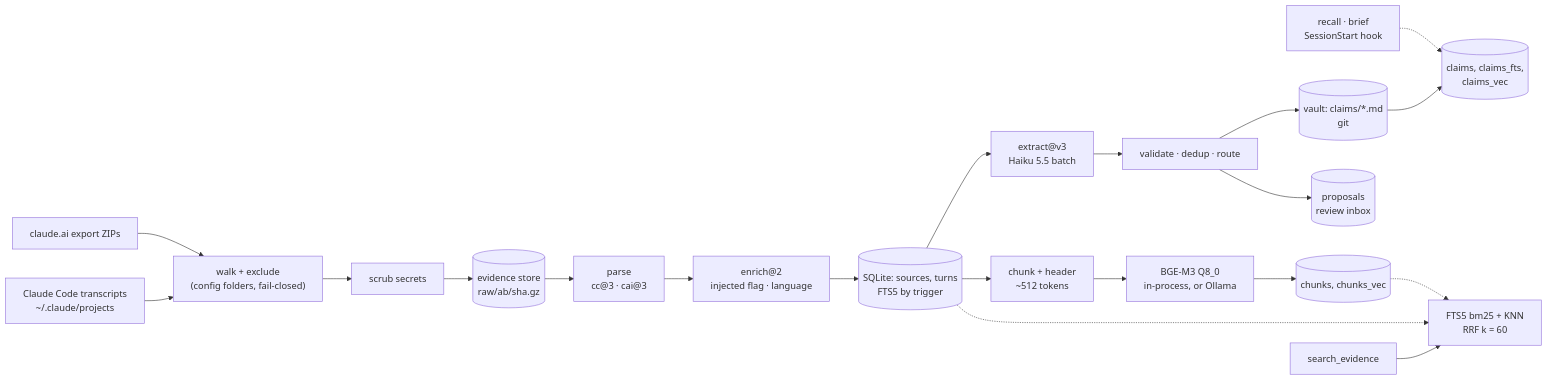
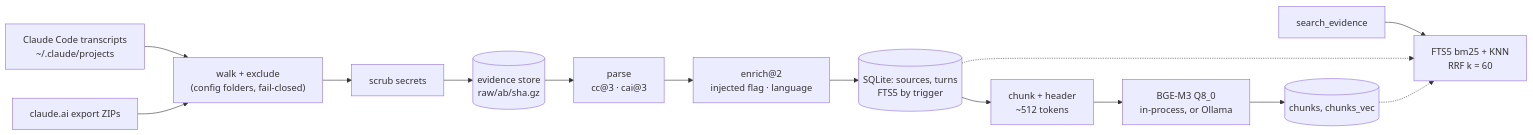
The diagram in docs/algorithm.md (Galaxymak1/glia), drawn with Mermaid before and after one commit. The commit also changed other lines of this file and 59 other files, not shown here.

````diff
--- a/docs/algorithm.md
+++ b/docs/algorithm.md
@@ -7,22 +7,16 @@
 ```mermaid
 flowchart LR
   A["Claude Code transcripts<br/>~/.claude/projects"] --> W["walk + exclude<br/>(config folders, fail-closed)"]
   B["claude.ai export ZIPs"] --> W
   W --> S["scrub secrets"]
   S --> E[("evidence store<br/>raw/ab/sha.gz")]
   E --> P["parse<br/>cc@3 · cai@3"]
   P --> N["enrich@2<br/>injected flag · language"]
   N --> T[("SQLite: sources, turns<br/>FTS5 by trigger")]
   T --> C["chunk + header<br/>~512 tokens"]
   C --> O["BGE-M3 Q8_0<br/>in-process, or Ollama"]
   O --> V[("chunks, chunks_vec")]
-  T --> X["extract@v3<br/>Haiku 5.5 batch"]
-  X --> L["validate · dedup · route"]
-  L --> G[("vault: claims/*.md<br/>git")]
-  L --> I[("proposals<br/>review inbox")]
-  G --> CI[("claims, claims_fts,<br/>claims_vec")]
   Q["search_evidence"] --> F["FTS5 bm25 + KNN<br/>RRF k = 60"]
   T -.-> F
   V -.-> F
-  R["recall · brief<br/>SessionStart hook"] -.-> CI
 ```
````
